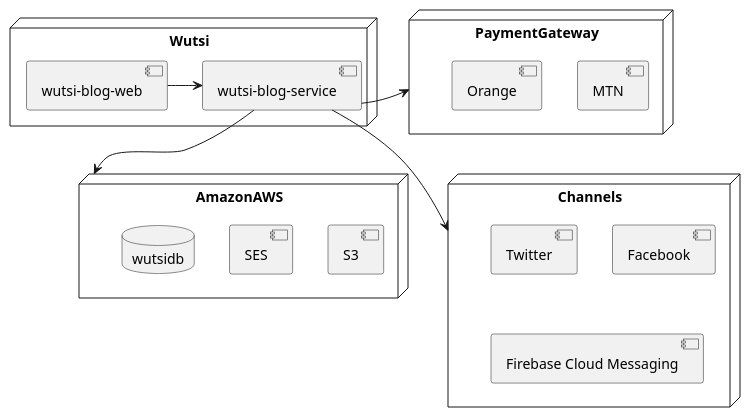
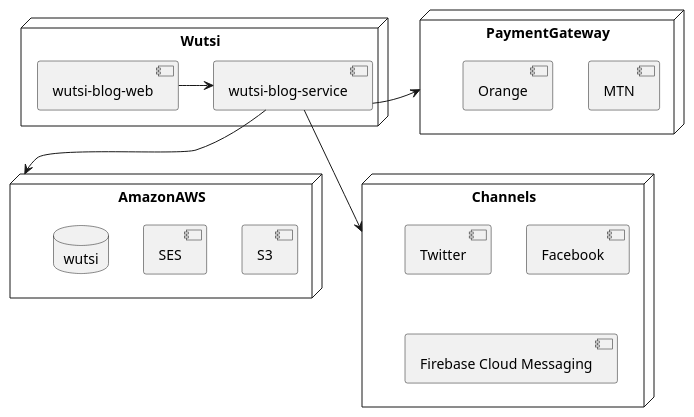
The diagram in architecture/wutsi-blog-service/README.md (wutsi/wutsi.github.io), drawn with PlantUML before and after one commit. The commit also changed other lines of this file, not shown here.

````diff
--- a/architecture/wutsi-blog-service/README.md
+++ b/architecture/wutsi-blog-service/README.md
@@ -3,36 +3,34 @@
 ```plantuml
-@startuml
-
 node Wutsi {
     [wutsi-blog-web] 
     [wutsi-blog-service]
 }
 
 node AmazonAWS {
     [S3]
     [SES]
-    database wutsidb{
+    database wutsi{
     }
 }
 
 node Channels {
     [Twitter]
     [Facebook]
     [Firebase Cloud Messaging]
 }
 
 node PaymentGateway {
     [MTN]
     [Orange]
 }
 
 
 
 [wutsi-blog-web] -> [wutsi-blog-service]
 [wutsi-blog-service] --> Channels
 [wutsi-blog-service] --> AmazonAWS
 [wutsi-blog-service] -> PaymentGateway
 
 
 @enduml
 ```
````
